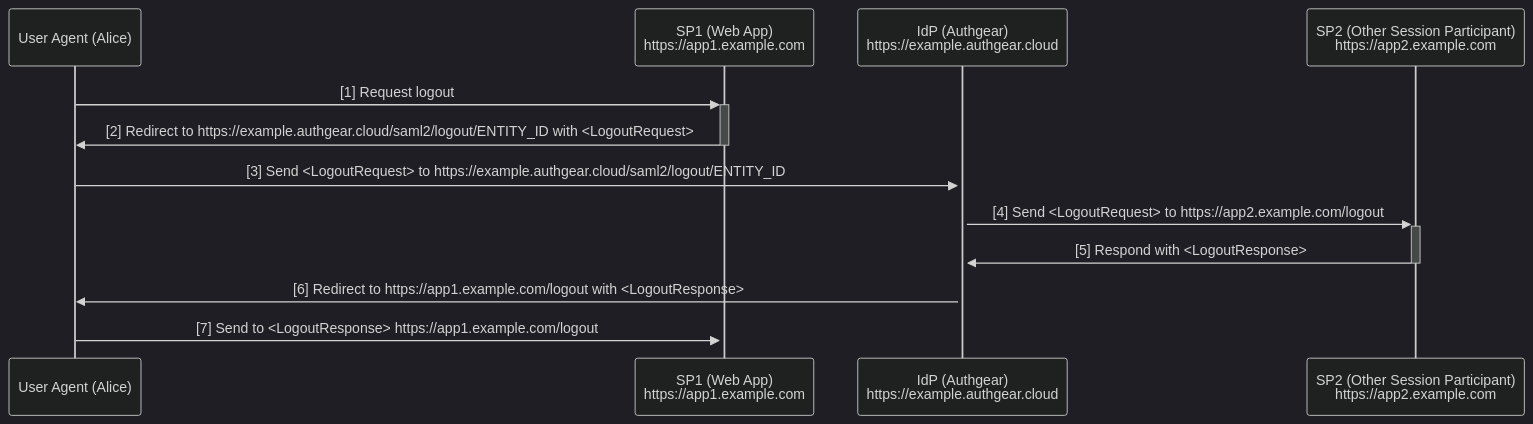
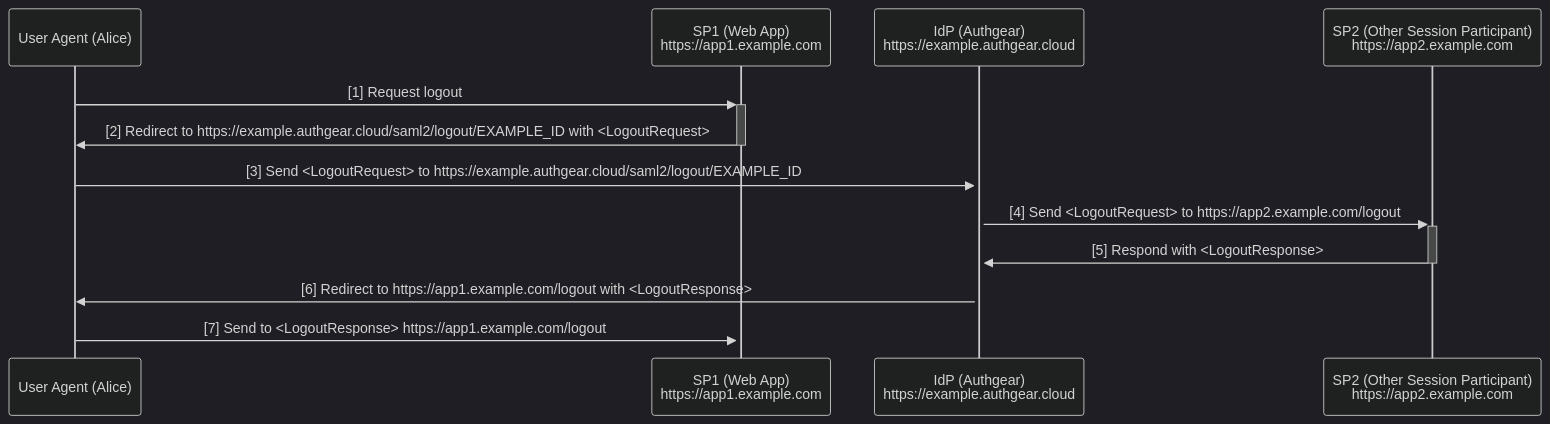
The third of 3 diagrams in docs/specs/saml.md (authgear/authgear-server), drawn with Mermaid (dark theme) before and after one commit. The commit also changed other lines of this file, not shown here.

Commit message:
Completly remove service provider entity id in the whole spec

````diff
--- a/docs/specs/saml.md
+++ b/docs/specs/saml.md
@@ -204,15 +204,15 @@
 ```mermaid
 sequenceDiagram
     participant ua as User Agent (Alice)
     participant sp1 as SP1 (Web App) <br/> https://app1.example.com
     participant ag as IdP (Authgear) <br/> https://example.authgear.cloud
     participant sp2 as SP2 (Other Session Participant) <br/> https://app2.example.com
     ua->>+sp1: [1] Request logout
-    sp1->>-ua: [2] Redirect to https://example.authgear.cloud/saml2/logout/ENTITY_ID with <LogoutRequest>
-    ua->>+ag: [3] Send <LogoutRequest> to https://example.authgear.cloud/saml2/logout/ENTITY_ID
+    sp1->>-ua: [2] Redirect to https://example.authgear.cloud/saml2/logout/EXAMPLE_ID with <LogoutRequest>
+    ua->>+ag: [3] Send <LogoutRequest> to https://example.authgear.cloud/saml2/logout/EXAMPLE_ID
     ag->>+sp2: [4] Send <LogoutRequest> to https://app2.example.com/logout
     sp2->>-ag: [5] Respond with <LogoutResponse>
     ag->>ua: [6] Redirect to https://app1.example.com/logout with <LogoutResponse>
     ua->>+sp1: [7] Send to <LogoutResponse> https://app1.example.com/logout
 
 ```
````
